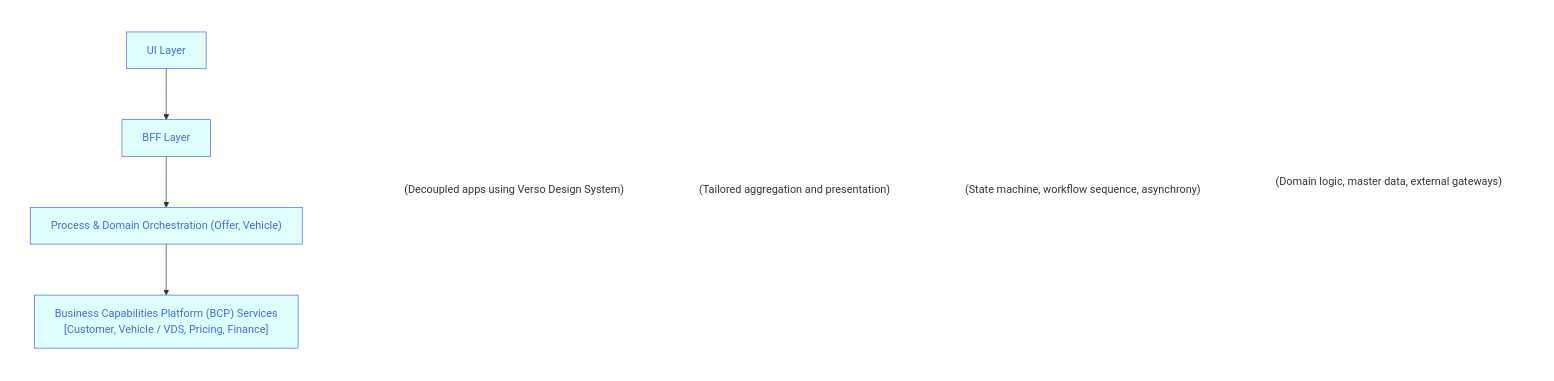
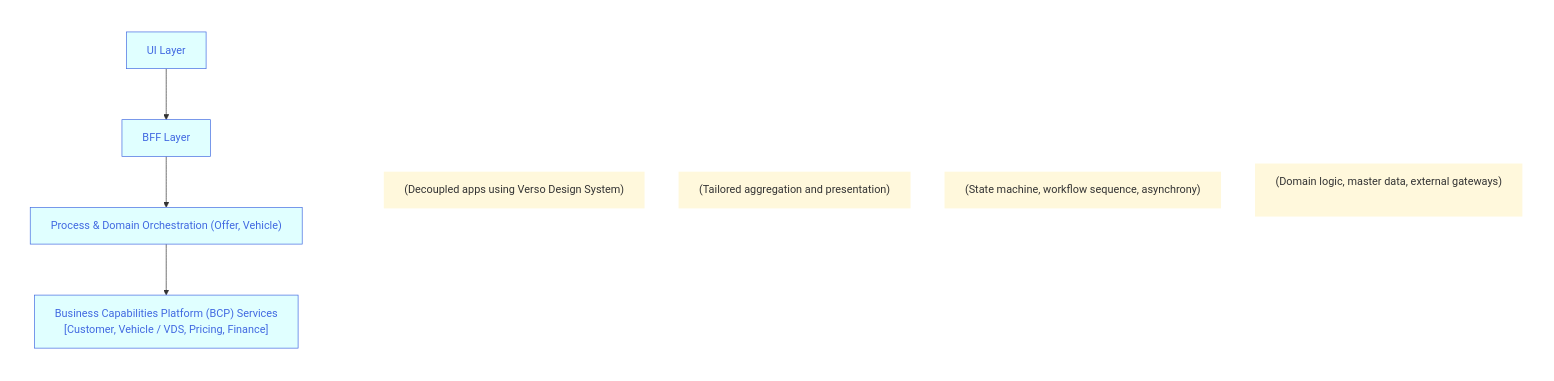
One commit to joe-dorward/samples changed the diagram in buttons_mermaid_v3.md. Above: the diagram before and after it, drawn with Mermaid.

````diff
--- a/buttons_mermaid_v3.md
+++ b/buttons_mermaid_v3.md
@@ -3,50 +3,50 @@
 ```mermaid
   %%{
     init: {
       "flowchart": { "markdownAutoWrap":"false", "textWrap":"false", "wrappingWidth": "100%" }
     }
   }%%
   flowchart LR
 
   classDef Button fill:lightcyan, stroke:royalblue, color:royalblue;
-  classDef Note fill:transparent, stroke:transparent;
+  classDef Note fill:cornsilk, stroke:transparent;
   %% ---------- ---------- ---------- ---------- ---------- ---------- ---------- ---------- ---------- ----------
   subgraph BUTTONS
     direction TD
 
     BUTTON_01["UI Layer"]:::Button
     click BUTTON_01 "https://en.wikipedia.org/wiki/Main_Page" _blank
 
     BUTTON_02["BFF Layer"]:::Button
     click BUTTON_02 "https://en.wikipedia.org/wiki/Main_Page" _blank
 
     BUTTON_03["Process & Domain Orchestration (Offer, Vehicle)"]:::Button
     click BUTTON_03 "https://en.wikipedia.org/wiki/Main_Page" _blank
 
     BUTTON_04["Business Capabilities Platform (BCP) Services<br/>[Customer, Vehicle / VDS, Pricing, Finance]"]:::Button
     click BUTTON_04 "https://en.wikipedia.org/wiki/Main_Page" _blank
   end
 
   %% ---------- ---------- ---------- ---------- ---------- ---------- ---------- ---------- ---------- ----------
   subgraph NOTES
     direction TD
     BUTTON_01_NOTE["(Decoupled apps using Verso Design System)"]:::Note
     BUTTON_02_NOTE["(Tailored aggregation and presentation)"]:::Note
     BUTTON_03_NOTE["(State machine, workflow sequence, asynchrony)"]:::Note
     BUTTON_04_NOTE["(Domain logic, master data, external gateways)<br/>&nbsp;"]:::Note
   end
   %% ---------- ---------- ---------- ---------- ---------- ---------- ---------- ---------- ---------- ----------
   %% invisibly connect BUTTONS (sub-graph) to NOTES (sub-graph)
   BUTTONS~~~
   NOTES
   %% ---------- ---------- ---------- ---------- ---------- ---------- ---------- ---------- ---------- ----------
   %% connect buttons
   BUTTON_01-->
   BUTTON_02-->
   BUTTON_03-->
   BUTTON_04
   %% ---------- ---------- ---------- ---------- ---------- ---------- ---------- ---------- ---------- ----------
   style BUTTONS fill:transparent,color:white,stroke-width:0px
   style NOTES fill:transparent,color:white,stroke-width:0px
 
 ```
````
